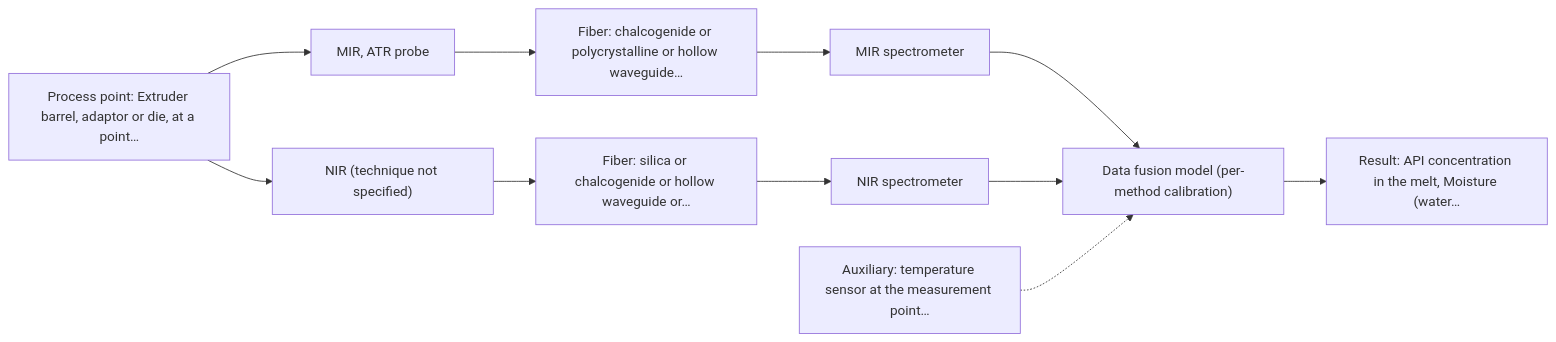
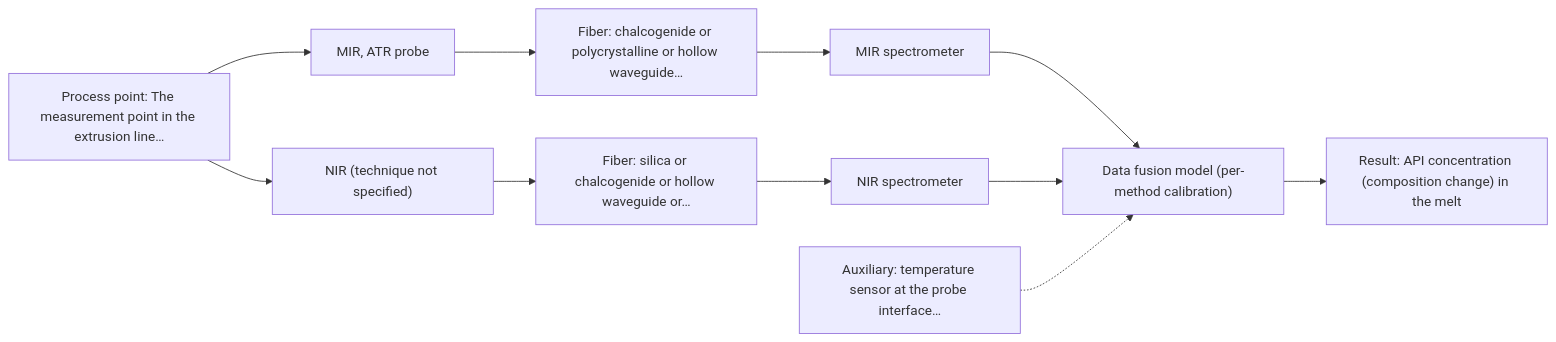
One commit to sleipnir029/Afs-Spectroscopy-Assistant changed the second of 2 diagrams in outputs/dev/D07.md. Above: the diagram before and after it, drawn with Mermaid. The commit also changed other lines of this file and 15 other files, not shown here.

Commit message:
3.R2 dev run outputs: 8/8 complete, 0 hard failures, 227/227 citations, 14/14 charts

````diff
--- a/outputs/dev/D07.md
+++ b/outputs/dev/D07.md
@@ -62,23 +55,23 @@
 ```mermaid
 flowchart LR
-    proc["Process point: Extruder barrel, adaptor or die, at a point…"]
+    proc["Process point: The measurement point in the extrusion line…"]
     probe1["MIR, ATR probe"]
     fiber1["Fiber: chalcogenide or polycrystalline or hollow waveguide…"]
     spec1["MIR spectrometer"]
     probe2["NIR (technique not specified)"]
     fiber2["Fiber: silica or chalcogenide or hollow waveguide or…"]
     spec2["NIR spectrometer"]
     model["Data fusion model (per-method calibration)"]
-    result["Result: API concentration in the melt, Moisture (water…"]
-    aux1["Auxiliary: temperature sensor at the measurement point…"]
+    result["Result: API concentration (composition change) in the melt"]
+    aux1["Auxiliary: temperature sensor at the probe interface…"]
     proc --> probe1
     probe1 --> fiber1
     fiber1 --> spec1
     spec1 --> model
     proc --> probe2
     probe2 --> fiber2
     fiber2 --> spec2
     spec2 --> model
     model --> result
     aux1 -.-> model
 ```
````
